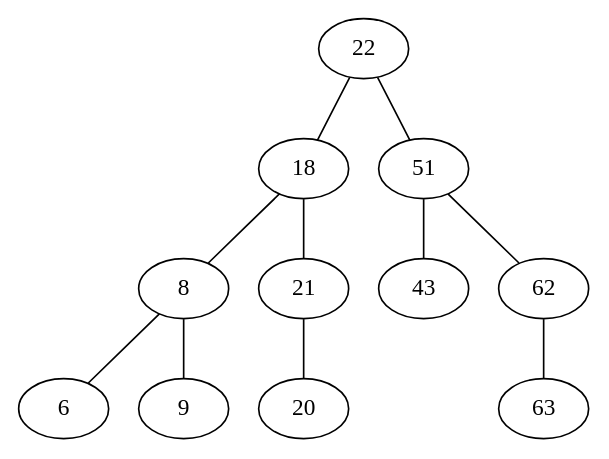
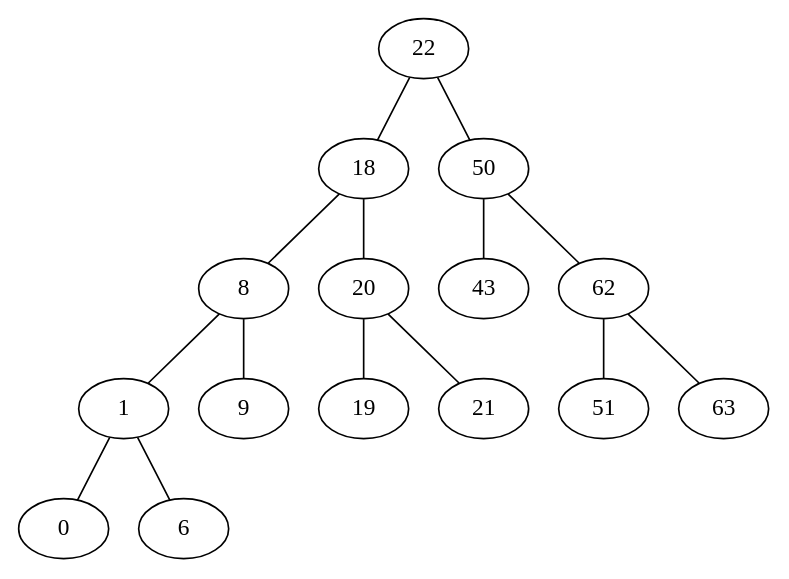
The diagram in graph/avltree.dot (hAriasm/Practica2_ayde), drawn with Graphviz before and after one commit.

Commit message:
arbol generado

```diff
--- a/graph/avltree.dot
+++ b/graph/avltree.dot
@@ -1,12 +1,16 @@
-graph AVL {
-22 -- 18
-18 -- 8
-8 -- 6
-8 -- 9
-18 -- 21
-21 -- 20
-22 -- 51
-51 -- 43
-51 -- 62
-62 -- 63
+graph AVLTree {
+  22 -- 18;
+  18 -- 8;
+  8 -- 1;
+  1 -- 0;
+  1 -- 6;
+  8 -- 9;
+  18 -- 20;
+  20 -- 19;
+  20 -- 21;
+  22 -- 50;
+  50 -- 43;
+  50 -- 62;
+  62 -- 51;
+  62 -- 63;
 }
```
